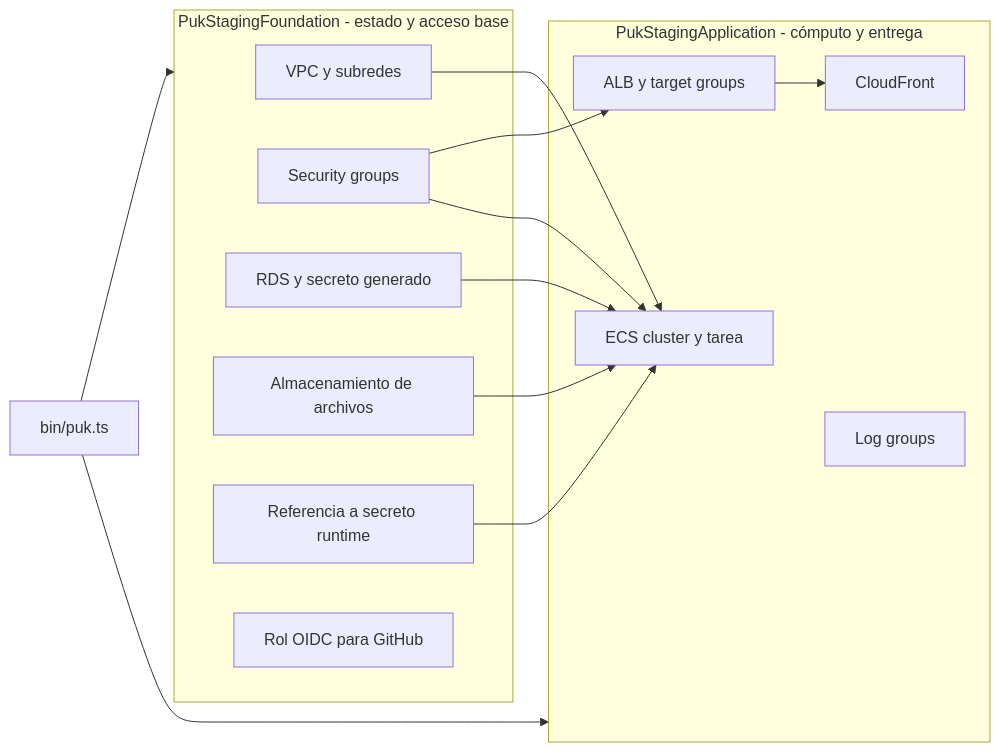
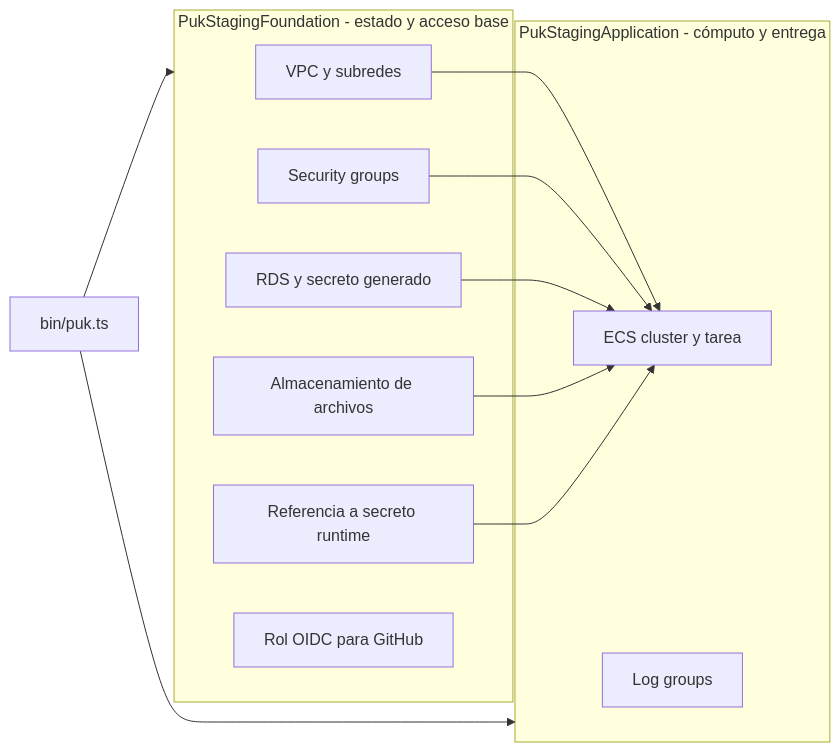
The third of 5 diagrams in docs/technical/infrastructure-and-operations.md (luistorres-idt/puk), drawn with Mermaid before and after one commit. The commit also changed other lines of this file and 11 other files, not shown here.

````diff
--- a/docs/technical/infrastructure-and-operations.md
+++ b/docs/technical/infrastructure-and-operations.md
@@ -160,30 +137,26 @@
 ```mermaid
 flowchart LR
     App[bin/puk.ts]
 
     subgraph Foundation[PukStagingFoundation - estado y acceso base]
         V[VPC y subredes]
         SG[Security groups]
         DB[RDS y secreto generado]
         B[Almacenamiento de archivos]
         RS[Referencia a secreto runtime]
         Role[Rol OIDC para GitHub]
     end
 
     subgraph Application[PukStagingApplication - cómputo y entrega]
         C[ECS cluster y tarea]
-        L[ALB y target groups]
-        F[CloudFront]
         Logs[Log groups]
     end
 
     App --> Foundation
     App --> Application
     V --> C
-    SG --> L
     SG --> C
     DB --> C
     B --> C
     RS --> C
-    L --> F
 ```
````
